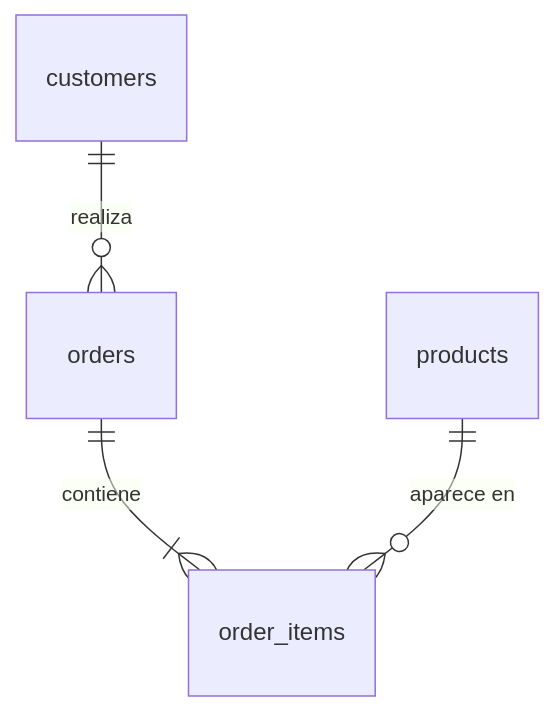
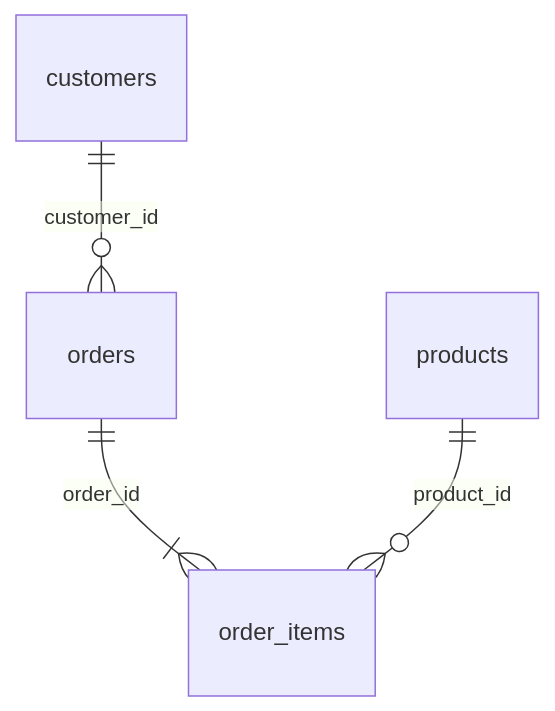
Before and after one commit to Rommel-data/Proyecto-SQL-: the diagram in README.md, drawn with Mermaid. The commit also changed other lines of this file and 3 other files, not shown here.

````diff
--- a/README.md
+++ b/README.md
@@ -36,6 +81,6 @@
 ```mermaid
 erDiagram
-    customers ||--o{ orders : "realiza"
-    orders ||--|{ order_items : "contiene"
-    products ||--o{ order_items : "aparece en"
+    customers ||--o{ orders : "customer_id"
+    orders ||--|{ order_items : "order_id"
+    products ||--o{ order_items : "product_id"
 ```
````
